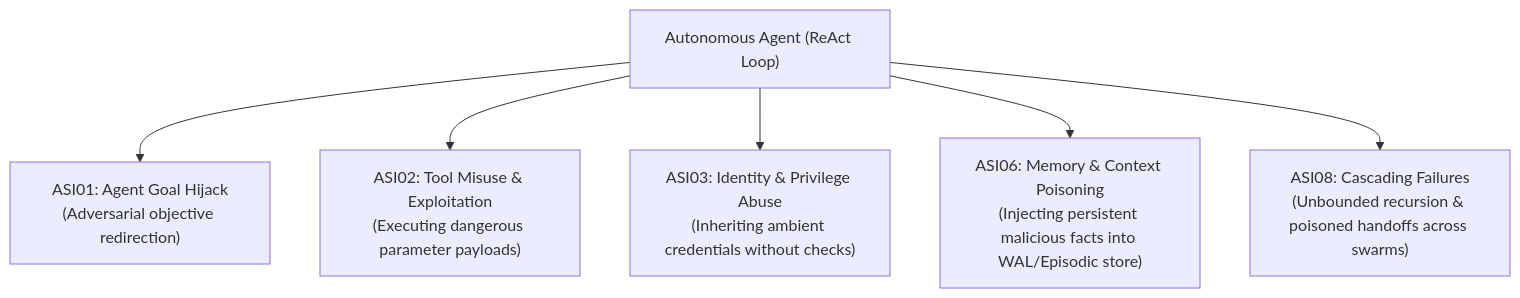
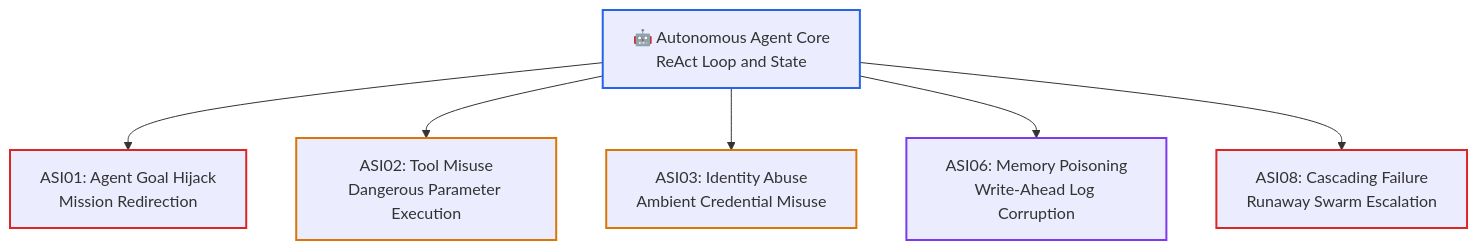
One commit to dip4k/senior-engineer-to-ai-engineer-roadmap changed the second of 3 diagrams in 05-ai-security-and-guardrails/01-threat-modeling-and-owasp-top-10.md. Above: the diagram before and after it, drawn with Mermaid. The commit also changed other lines of this file and 11 other files, not shown here.

First line of the commit message:
refactor(phase-05): AI security, guardrails, and trust architecture

````diff
--- a/05-ai-security-and-guardrails/01-threat-modeling-and-owasp-top-10.md
+++ b/05-ai-security-and-guardrails/01-threat-modeling-and-owasp-top-10.md
@@ -208,16 +140,15 @@
 ```mermaid
 flowchart TD
-    Agent["Autonomous Agent (ReAct Loop)"]
-    
-    T1["ASI01: Agent Goal Hijack<br/>(Adversarial objective redirection)"]
-    T2["ASI02: Tool Misuse & Exploitation<br/>(Executing dangerous parameter payloads)"]
-    T3["ASI03: Identity & Privilege Abuse<br/>(Inheriting ambient credentials without checks)"]
-    T4["ASI06: Memory & Context Poisoning<br/>(Injecting persistent malicious facts into WAL/Episodic store)"]
-    T5["ASI08: Cascading Failures<br/>(Unbounded recursion & poisoned handoffs across swarms)"]
-    
-    Agent --> T1
-    Agent --> T2
-    Agent --> T3
-    Agent --> T4
-    Agent --> T5
+    Core["🤖 Autonomous Agent Core<br/>ReAct Loop and State"] --> ASI1["ASI01: Agent Goal Hijack<br/>Mission Redirection"]
+    Core --> ASI2["ASI02: Tool Misuse<br/>Dangerous Parameter Execution"]
+    Core --> ASI3["ASI03: Identity Abuse<br/>Ambient Credential Misuse"]
+    Core --> ASI6["ASI06: Memory Poisoning<br/>Write-Ahead Log Corruption"]
+    Core --> ASI8["ASI08: Cascading Failure<br/>Runaway Swarm Escalation"]
+
+    style Core stroke:#2563eb,stroke-width:2px
+    style ASI1 stroke:#dc2626,stroke-width:2px
+    style ASI2 stroke:#d97706,stroke-width:2px
+    style ASI3 stroke:#d97706,stroke-width:2px
+    style ASI6 stroke:#7c3aed,stroke-width:2px
+    style ASI8 stroke:#dc2626,stroke-width:2px
 ```
````
